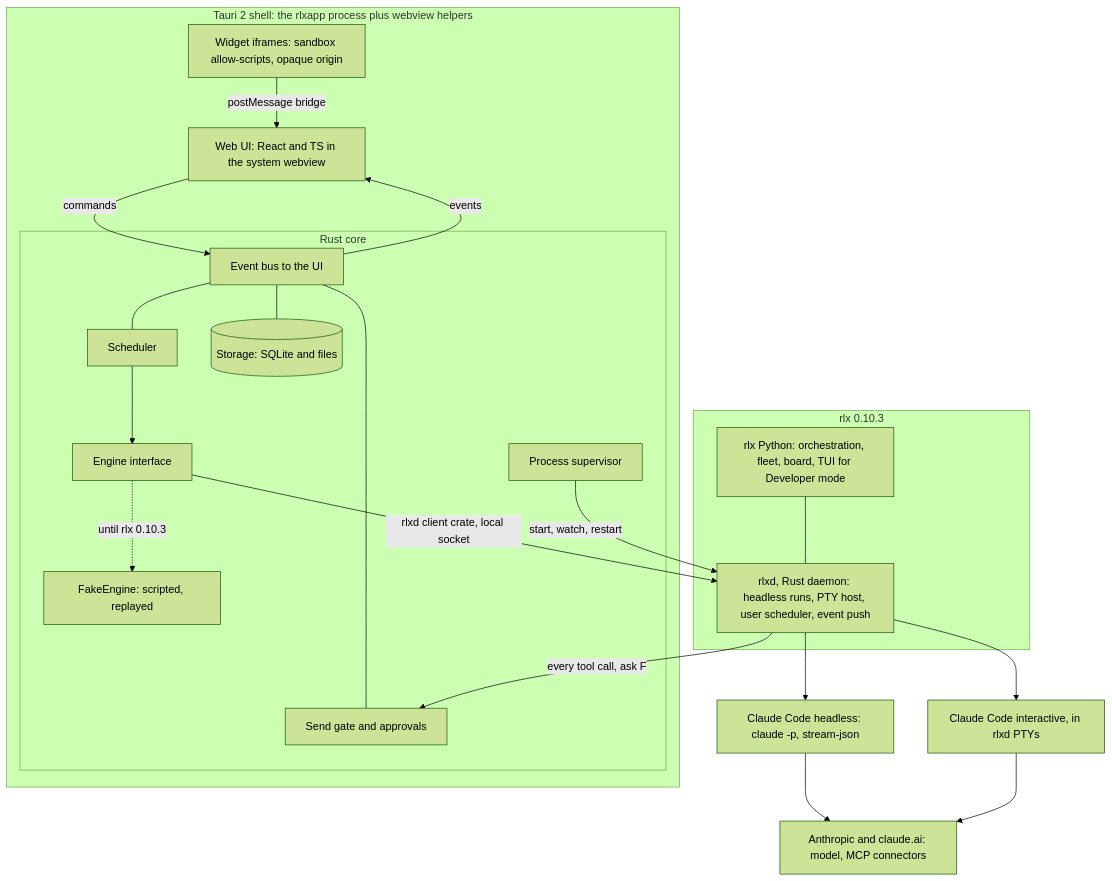
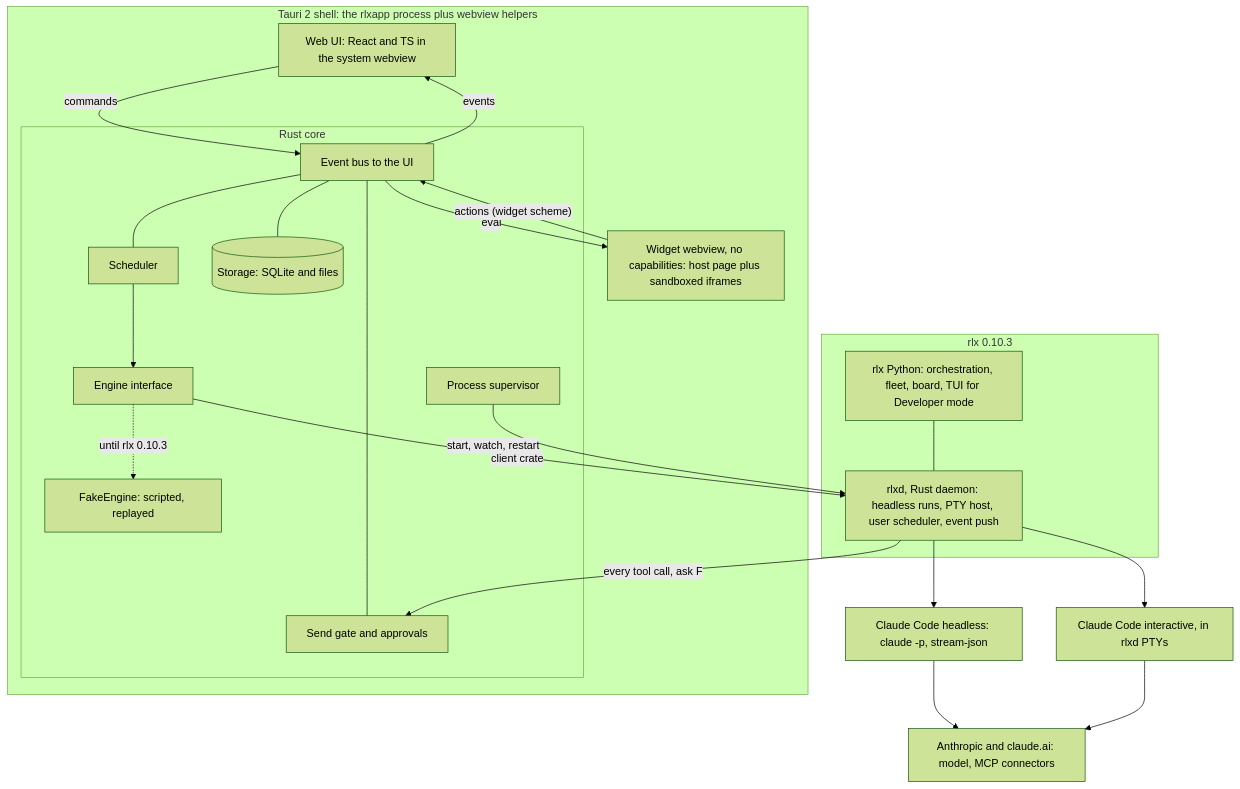
One commit to AISquare-Studio/rlxapp changed the first of 2 diagrams in docs/architecture.md. Above: the diagram before and after it, drawn with Mermaid (forest theme). The commit also changed other lines of this file, not shown here.

````diff
--- a/docs/architecture.md
+++ b/docs/architecture.md
@@ -27,40 +27,41 @@
 ```mermaid
 flowchart TB
   subgraph APP["Tauri 2 shell: the rlxapp process plus webview helpers"]
     UI["Web UI: React and TS in the system webview"]
-    WID["Widget iframes: sandbox allow-scripts, opaque origin"]
+    WID["Widget webview, no capabilities: host page plus sandboxed iframes"]
     subgraph CORE["Rust core"]
       BUS["Event bus to the UI"]
       SUP["Process supervisor"]
       SCH["Scheduler"]
       GATE["Send gate and approvals"]
       STO[("Storage: SQLite and files")]
       ENG["Engine interface"]
       FAKE["FakeEngine: scripted, replayed"]
     end
   end
   subgraph RLX["rlx 0.10.3"]
     RLXD["rlxd, Rust daemon: headless runs, PTY host, user scheduler, event push"]
     PY["rlx Python: orchestration, fleet, board, TUI for Developer mode"]
   end
   CC["Claude Code headless: claude -p, stream-json"]
   CCI["Claude Code interactive, in rlxd PTYs"]
   CLOUD["Anthropic and claude.ai: model, MCP connectors"]
 
   UI -->|"commands"| BUS
   BUS -->|"events"| UI
-  WID -->|"postMessage bridge"| UI
+  BUS -->|"eval"| WID
+  WID -->|"actions (widget scheme)"| BUS
   BUS --- SCH
   BUS --- GATE
   BUS --- STO
   SCH --> ENG
   ENG -.->|"until rlx 0.10.3"| FAKE
-  ENG -->|"rlxd client crate, local socket"| RLXD
+  ENG -->|"client crate"| RLXD
   SUP -->|"start, watch, restart"| RLXD
   PY --- RLXD
   RLXD --> CC
   RLXD --> CCI
   CC --> CLOUD
   CCI --> CLOUD
   RLXD -->|"every tool call, ask F"| GATE
 ```
````
